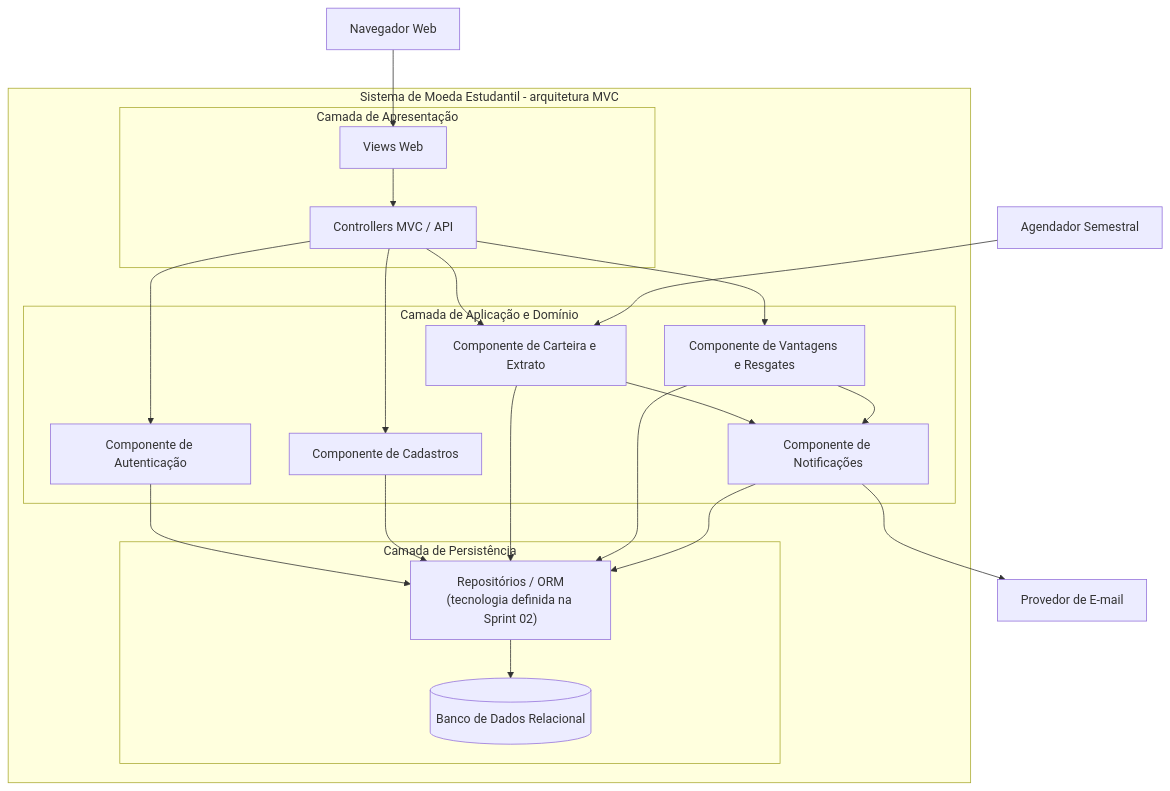
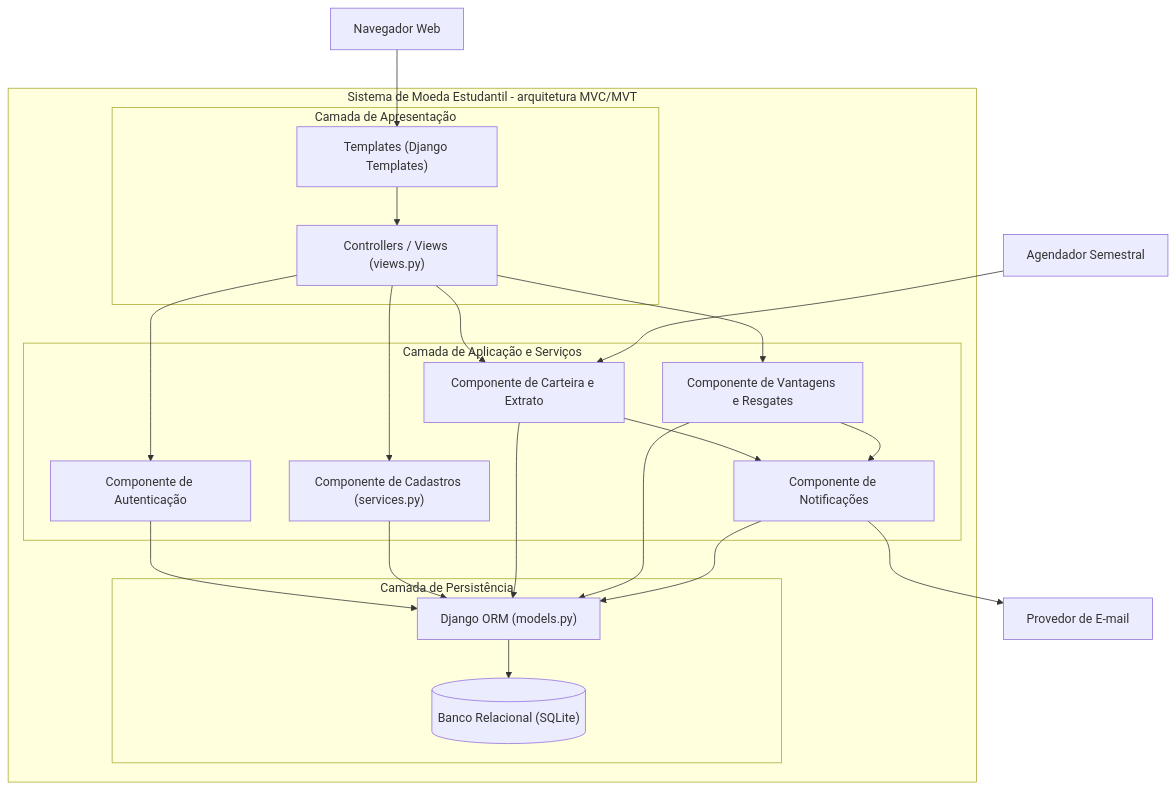
The fifth of 5 diagrams in README.md (antoniiorabelo/SistemaDeMoedaEstudantil), drawn with Mermaid before and after one commit. The commit also changed other lines of this file, not shown here.

````diff
--- a/README.md
+++ b/README.md
@@ -425,43 +666,43 @@
 ```mermaid
 flowchart TB
     browser["Navegador Web"]
     scheduler["Agendador Semestral"]
     mail["Provedor de E-mail"]
 
-    subgraph app["Sistema de Moeda Estudantil - arquitetura MVC"]
+    subgraph app["Sistema de Moeda Estudantil - arquitetura MVC/MVT"]
         subgraph presentation["Camada de Apresentação"]
-            views["Views Web"]
-            controllers["Controllers MVC / API"]
+            views["Templates (Django Templates)"]
+            controllers["Controllers / Views (views.py)"]
         end
 
-        subgraph application["Camada de Aplicação e Domínio"]
+        subgraph application["Camada de Aplicação e Serviços"]
             auth["Componente de Autenticação"]
-            cadastro["Componente de Cadastros"]
+            cadastro["Componente de Cadastros (services.py)"]
             carteira["Componente de Carteira e Extrato"]
             vantagens["Componente de Vantagens e Resgates"]
             notificacao["Componente de Notificações"]
         end
 
         subgraph persistence["Camada de Persistência"]
-            repositories["Repositórios / ORM\n(tecnologia definida na Sprint 02)"]
-            db[("Banco de Dados Relacional")]
+            repositories["Django ORM (models.py)"]
+            db[("Banco Relacional (SQLite)")]
         end
     end
 
     browser --> views
     views --> controllers
     controllers --> auth
     controllers --> cadastro
     controllers --> carteira
     controllers --> vantagens
     scheduler --> carteira
     carteira --> notificacao
     vantagens --> notificacao
     notificacao --> mail
     auth --> repositories
     cadastro --> repositories
     carteira --> repositories
     vantagens --> repositories
     notificacao --> repositories
     repositories --> db
 ```
````
